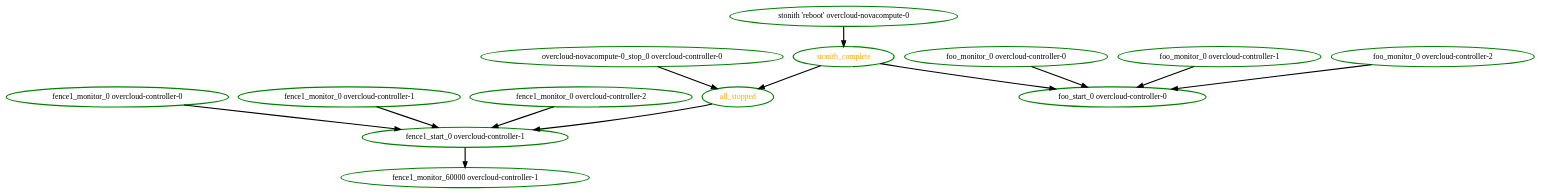
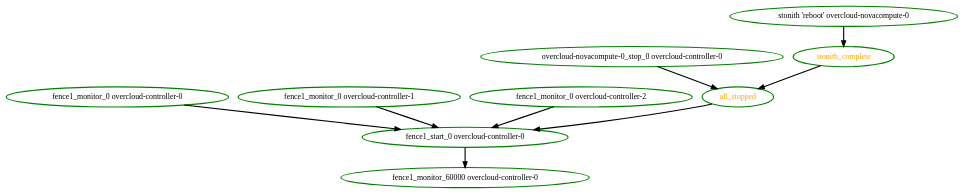
Before and after one commit to ClusterLabs/pacemaker: the diagram in pengine/test10/remote-fence-unclean-3.dot, drawn with Graphviz. The commit also changed 3 other files, not shown here.

```diff
--- a/pengine/test10/remote-fence-unclean-3.dot
+++ b/pengine/test10/remote-fence-unclean-3.dot
@@ -1,27 +1,19 @@
 digraph "g" {
-"all_stopped" -> "fence1_start_0 overcloud-controller-1" [ style = bold]
+"all_stopped" -> "fence1_start_0 overcloud-controller-0" [ style = bold]
 "all_stopped" [ style=bold color="green" fontcolor="orange"]
-"fence1_monitor_0 overcloud-controller-0" -> "fence1_start_0 overcloud-controller-1" [ style = bold]
+"fence1_monitor_0 overcloud-controller-0" -> "fence1_start_0 overcloud-controller-0" [ style = bold]
 "fence1_monitor_0 overcloud-controller-0" [ style=bold color="green" fontcolor="black"]
-"fence1_monitor_0 overcloud-controller-1" -> "fence1_start_0 overcloud-controller-1" [ style = bold]
+"fence1_monitor_0 overcloud-controller-1" -> "fence1_start_0 overcloud-controller-0" [ style = bold]
 "fence1_monitor_0 overcloud-controller-1" [ style=bold color="green" fontcolor="black"]
-"fence1_monitor_0 overcloud-controller-2" -> "fence1_start_0 overcloud-controller-1" [ style = bold]
+"fence1_monitor_0 overcloud-controller-2" -> "fence1_start_0 overcloud-controller-0" [ style = bold]
 "fence1_monitor_0 overcloud-controller-2" [ style=bold color="green" fontcolor="black"]
-"fence1_monitor_60000 overcloud-controller-1" [ style=bold color="green" fontcolor="black"]
-"fence1_start_0 overcloud-controller-1" -> "fence1_monitor_60000 overcloud-controller-1" [ style = bold]
-"fence1_start_0 overcloud-controller-1" [ style=bold color="green" fontcolor="black"]
-"foo_monitor_0 overcloud-controller-0" -> "foo_start_0 overcloud-controller-0" [ style = bold]
-"foo_monitor_0 overcloud-controller-0" [ style=bold color="green" fontcolor="black"]
-"foo_monitor_0 overcloud-controller-1" -> "foo_start_0 overcloud-controller-0" [ style = bold]
-"foo_monitor_0 overcloud-controller-1" [ style=bold color="green" fontcolor="black"]
-"foo_monitor_0 overcloud-controller-2" -> "foo_start_0 overcloud-controller-0" [ style = bold]
-"foo_monitor_0 overcloud-controller-2" [ style=bold color="green" fontcolor="black"]
-"foo_start_0 overcloud-controller-0" [ style=bold color="green" fontcolor="black"]
+"fence1_monitor_60000 overcloud-controller-0" [ style=bold color="green" fontcolor="black"]
+"fence1_start_0 overcloud-controller-0" -> "fence1_monitor_60000 overcloud-controller-0" [ style = bold]
+"fence1_start_0 overcloud-controller-0" [ style=bold color="green" fontcolor="black"]
 "overcloud-novacompute-0_stop_0 overcloud-controller-0" -> "all_stopped" [ style = bold]
 "overcloud-novacompute-0_stop_0 overcloud-controller-0" [ style=bold color="green" fontcolor="black"]
 "stonith 'reboot' overcloud-novacompute-0" -> "stonith_complete" [ style = bold]
 "stonith 'reboot' overcloud-novacompute-0" [ style=bold color="green" fontcolor="black"]
 "stonith_complete" -> "all_stopped" [ style = bold]
-"stonith_complete" -> "foo_start_0 overcloud-controller-0" [ style = bold]
 "stonith_complete" [ style=bold color="green" fontcolor="orange"]
 }
```
